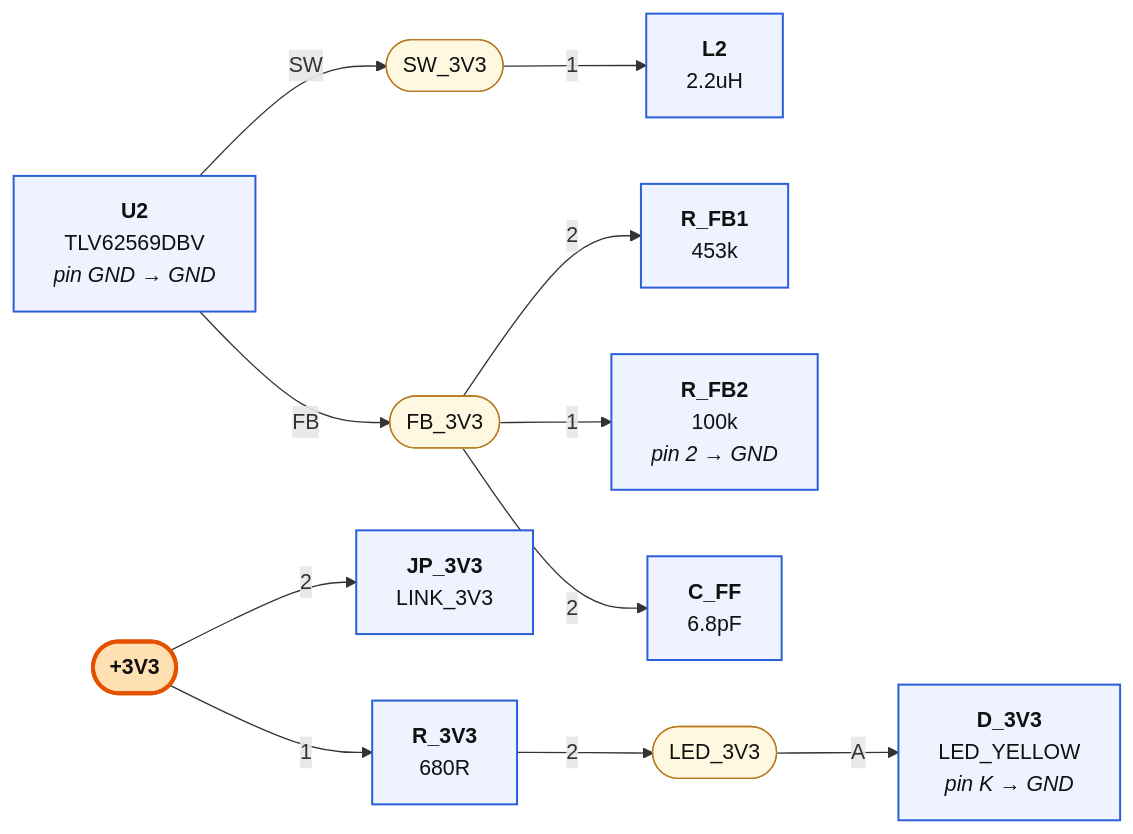
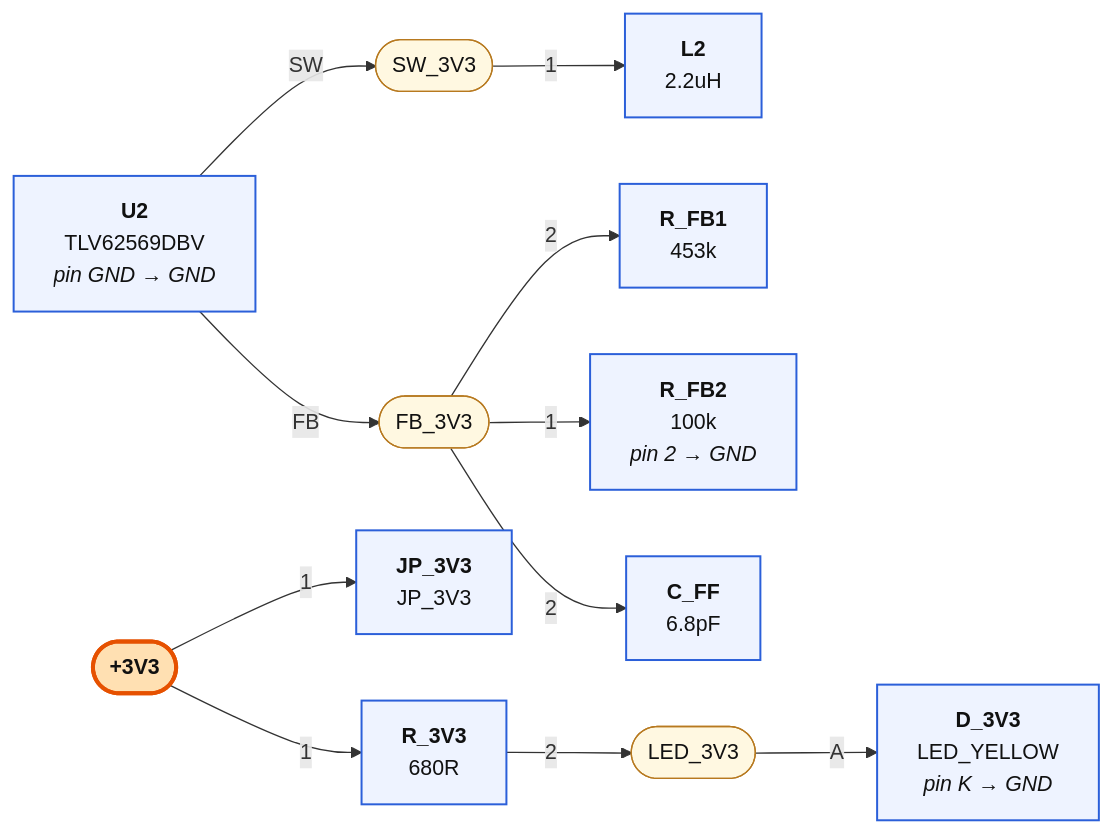
Before and after one commit to mrwillson2u/propmesh: the fourth of 4 diagrams in hardware/pro/sheets/01-power.diagram.md, drawn with Mermaid. The commit also changed other lines of this file and 11 other files, not shown here.

````diff
--- a/hardware/pro/sheets/01-power.diagram.md
+++ b/hardware/pro/sheets/01-power.diagram.md
@@ -176,32 +176,32 @@
 ```mermaid
 graph LR
   classDef part fill:#eef3ff,stroke:#2b5fd9,stroke-width:1.5px,color:#111
   classDef net fill:#fff8e1,stroke:#b7791f,color:#111
   classDef rail fill:#ffe0b2,stroke:#e65100,stroke-width:3px,color:#111,font-weight:bold
   classDef badnet fill:#ffe0e0,stroke:#c00,stroke-width:3px,color:#111,font-weight:bold
   classDef absent fill:#fff,stroke:#c00,stroke-width:2px,stroke-dasharray:6 4,color:#c00
   classDef extra fill:#ffecec,stroke:#c00,stroke-width:2px,color:#111
   classDef dnp fill:#f5f5f5,stroke:#999,stroke-dasharray:3 3,color:#666
   N_SW_3V3(["SW_3V3"]):::net
   P_U2["<b>U2</b><br/>TLV62569DBV<br/><i>pin GND → GND</i>"]:::part
   P_U2 --"SW"--> N_SW_3V3
   P_L2["<b>L2</b><br/>2.2uH"]:::part
   N_SW_3V3 --"1"--> P_L2
   N__3V3(["+3V3"]):::rail
-  P_JP_3V3["<b>JP_3V3</b><br/>LINK_3V3"]:::part
-  N__3V3 --"2"--> P_JP_3V3
+  P_JP_3V3["<b>JP_3V3</b><br/>JP_3V3"]:::part
+  N__3V3 --"1"--> P_JP_3V3
   P_R_3V3["<b>R_3V3</b><br/>680R"]:::part
   N__3V3 --"1"--> P_R_3V3
   N_FB_3V3(["FB_3V3"]):::net
   P_U2 --"FB"--> N_FB_3V3
   P_R_FB1["<b>R_FB1</b><br/>453k"]:::part
   N_FB_3V3 --"2"--> P_R_FB1
   P_R_FB2["<b>R_FB2</b><br/>100k<br/><i>pin 2 → GND</i>"]:::part
   N_FB_3V3 --"1"--> P_R_FB2
   P_C_FF["<b>C_FF</b><br/>6.8pF"]:::part
   N_FB_3V3 --"2"--> P_C_FF
   N_LED_3V3(["LED_3V3"]):::net
   P_R_3V3 --"2"--> N_LED_3V3
   P_D_3V3["<b>D_3V3</b><br/>LED_YELLOW<br/><i>pin K → GND</i>"]:::part
   N_LED_3V3 --"A"--> P_D_3V3
 ```
````
